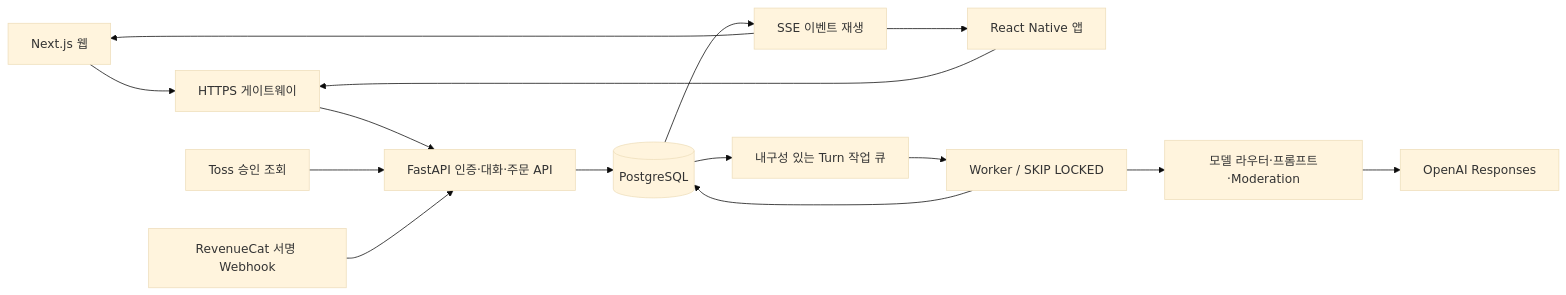
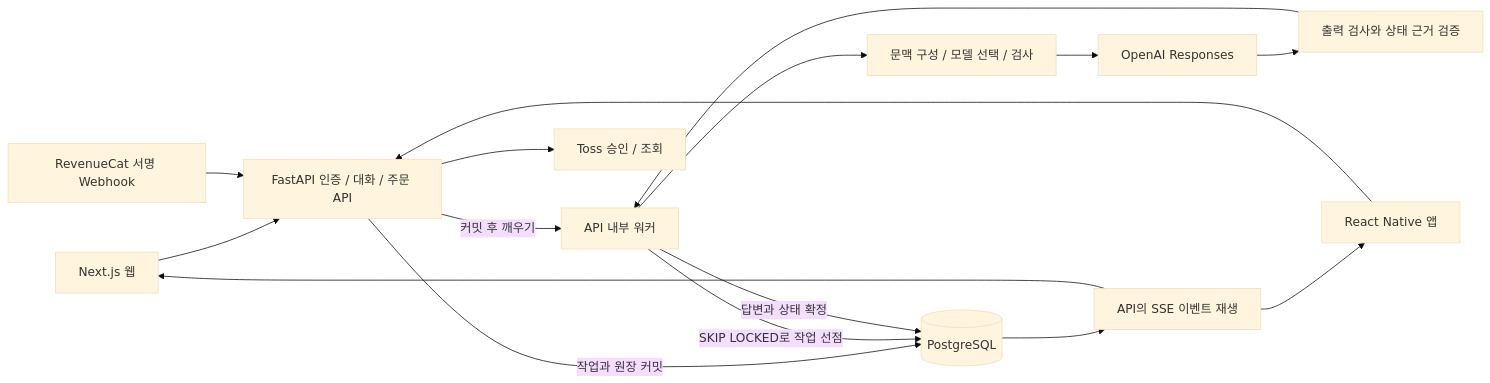
The diagram in docs/ARCHITECTURE.md (kwakhyun/talevi), drawn with Mermaid (base theme) before and after one commit. The commit also changed other lines of this file and 3 other files, not shown here.

Commit message:
docs: clarify portfolio architecture and validation scope

````diff
--- a/docs/ARCHITECTURE.md
+++ b/docs/ARCHITECTURE.md
@@ -12,17 +14,18 @@
 ```mermaid
 flowchart LR
-  W[Next.js 웹] --> G[HTTPS 게이트웨이]
-  N[React Native 앱] --> G
-  G --> A[FastAPI 인증·대화·주문 API]
-  A --> P[(PostgreSQL)]
-  P --> Q[내구성 있는 Turn 작업 큐]
-  Q --> R[Worker / SKIP LOCKED]
-  R --> M[모델 라우터·프롬프트·Moderation]
+  W[Next.js 웹] --> A[FastAPI 인증 / 대화 / 주문 API]
+  N[React Native 앱] --> A
+  A -->|작업과 원장 커밋| P[(PostgreSQL)]
+  A -->|커밋 후 깨우기| R[API 내부 워커]
+  R -->|SKIP LOCKED로 작업 선점| P
+  R --> M[문맥 구성 / 모델 선택 / 검사]
   M --> O[OpenAI Responses]
-  R --> P
-  P --> S[SSE 이벤트 재생]
+  O --> V[출력 검사와 상태 근거 검증]
+  V --> R
+  R -->|답변과 상태 확정| P
+  P --> S[API의 SSE 이벤트 재생]
   S --> W
   S --> N
-  T[Toss 승인 조회] --> A
+  A --> T[Toss 승인 / 조회]
   C[RevenueCat 서명 Webhook] --> A
 ```
````
